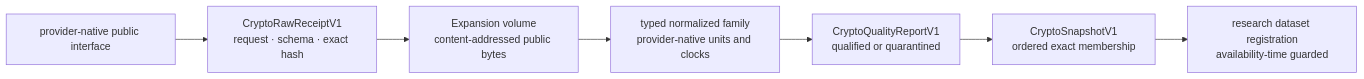
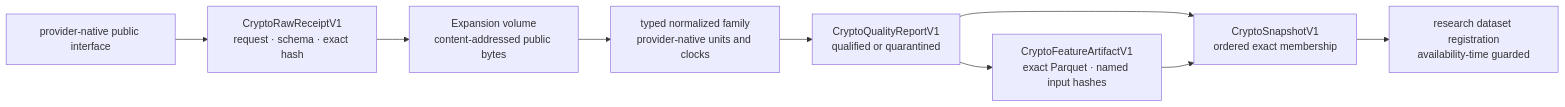
Before and after one commit to tradingsystem1880-eng/Project-ALPHA: the third of 7 diagrams in docs/ARCHITECTURE.md, drawn with Mermaid. The commit also changed other lines of this file and 18 other files, not shown here.

````diff
--- a/docs/ARCHITECTURE.md
+++ b/docs/ARCHITECTURE.md
@@ -158,9 +158,11 @@
 ```mermaid
 flowchart LR
     P["provider-native public interface"] --> RR["CryptoRawReceiptV1<br/>request · schema · exact hash"]
     RR --> EXT["Expansion volume<br/>content-addressed public bytes"]
     EXT --> N["typed normalized family<br/>provider-native units and clocks"]
     N --> Q["CryptoQualityReportV1<br/>qualified or quarantined"]
+    Q --> F["CryptoFeatureArtifactV1<br/>exact Parquet · named input hashes"]
     Q --> S["CryptoSnapshotV1<br/>ordered exact membership"]
+    F --> S
     S --> R["research dataset registration<br/>availability-time guarded"]
 ```
````
